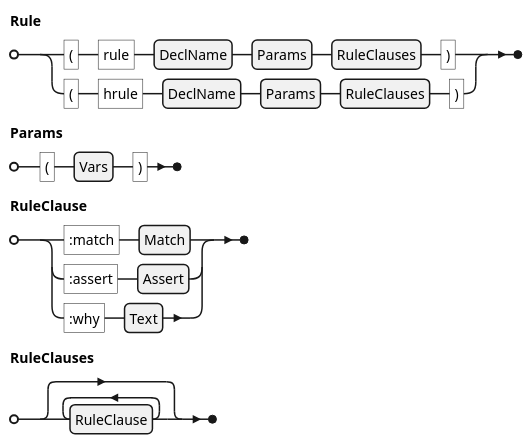
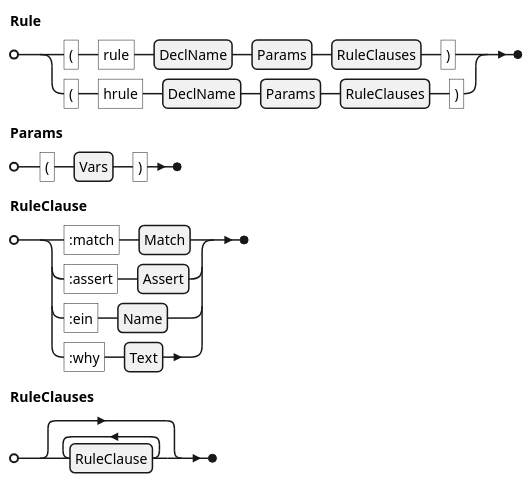
Before and after one commit to agutikov/ein: the diagram in docs/ein/user/04-reference/diagrams/01-grammar-phrase-rule.puml, drawn with PlantUML. The commit also changed 122 other files, not shown here.

```diff
--- a/docs/ein/user/04-reference/diagrams/01-grammar-phrase-rule.puml
+++ b/docs/ein/user/04-reference/diagrams/01-grammar-phrase-rule.puml
@@ -1,8 +1,8 @@
 @startebnf
 Rule =
     "(" , "rule" , DeclName , Params , RuleClauses , ")"
   | "(" , "hrule" , DeclName , Params , RuleClauses , ")" ;
 Params = "(" , Vars , ")" ;
-RuleClause = ":match" , Match | ":assert" , Assert | ":why" , Text ;
+RuleClause = ":match" , Match | ":assert" , Assert | ":ein" , Name | ":why" , Text ;
 RuleClauses = { RuleClause } ;
 @endebnf
```
